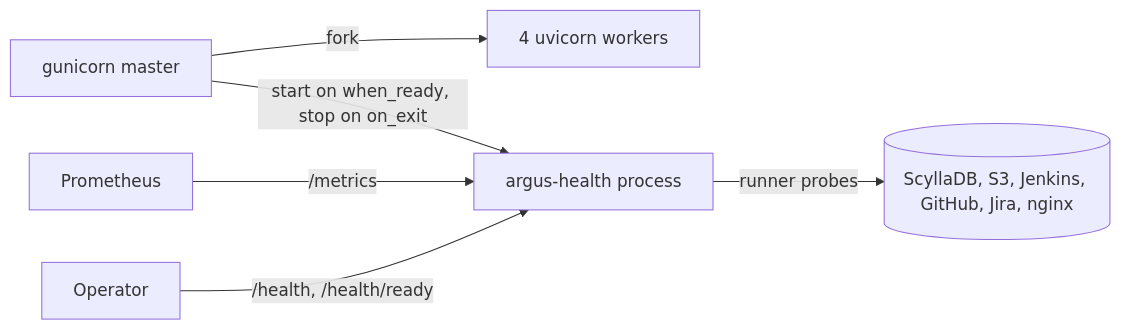
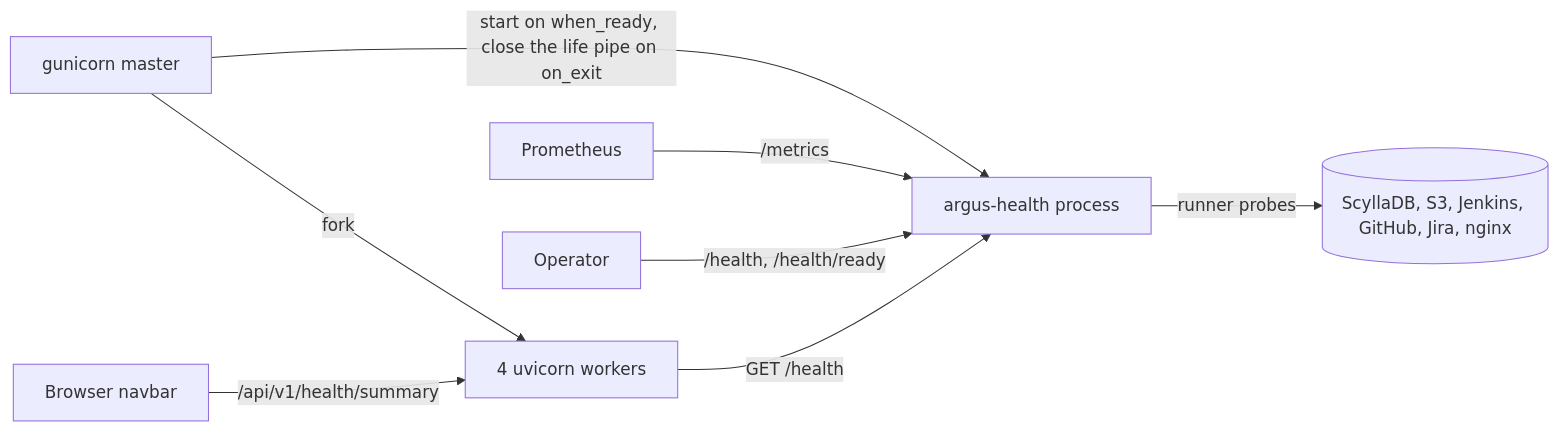
The diagram in tasks/QATOOLS-425/spec.md (scylladb/argus), drawn with Mermaid before and after one commit. The commit also changed other lines of this file and 1 other file, not shown here.

First line of the commit message:
docs(sdlc): apply the Argus health design review [QATOOLS-425]

````diff
--- a/tasks/QATOOLS-425/spec.md
+++ b/tasks/QATOOLS-425/spec.md
@@ -34,8 +47,10 @@
 ```mermaid
 flowchart LR
     M[gunicorn master] -->|fork| W[4 uvicorn workers]
-    M -->|start on when_ready, stop on on_exit| H[argus-health process]
+    M -->|start on when_ready, close the life pipe on on_exit| H[argus-health process]
     H -->|runner probes| D[(ScyllaDB, S3, Jenkins, GitHub, Jira, nginx)]
     P[Prometheus] -->|/metrics| H
     O[Operator] -->|/health, /health/ready| H
+    W -->|GET /health| H
+    B[Browser navbar] -->|/api/v1/health/summary| W
 ```
````
